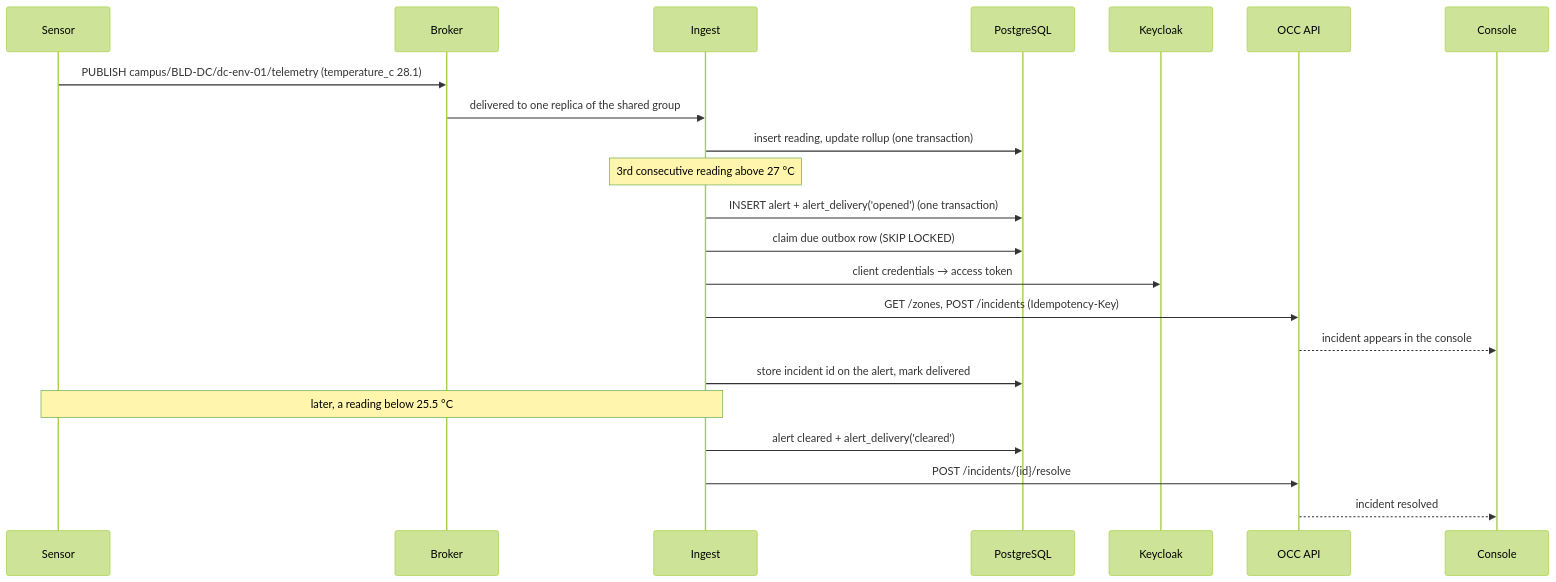
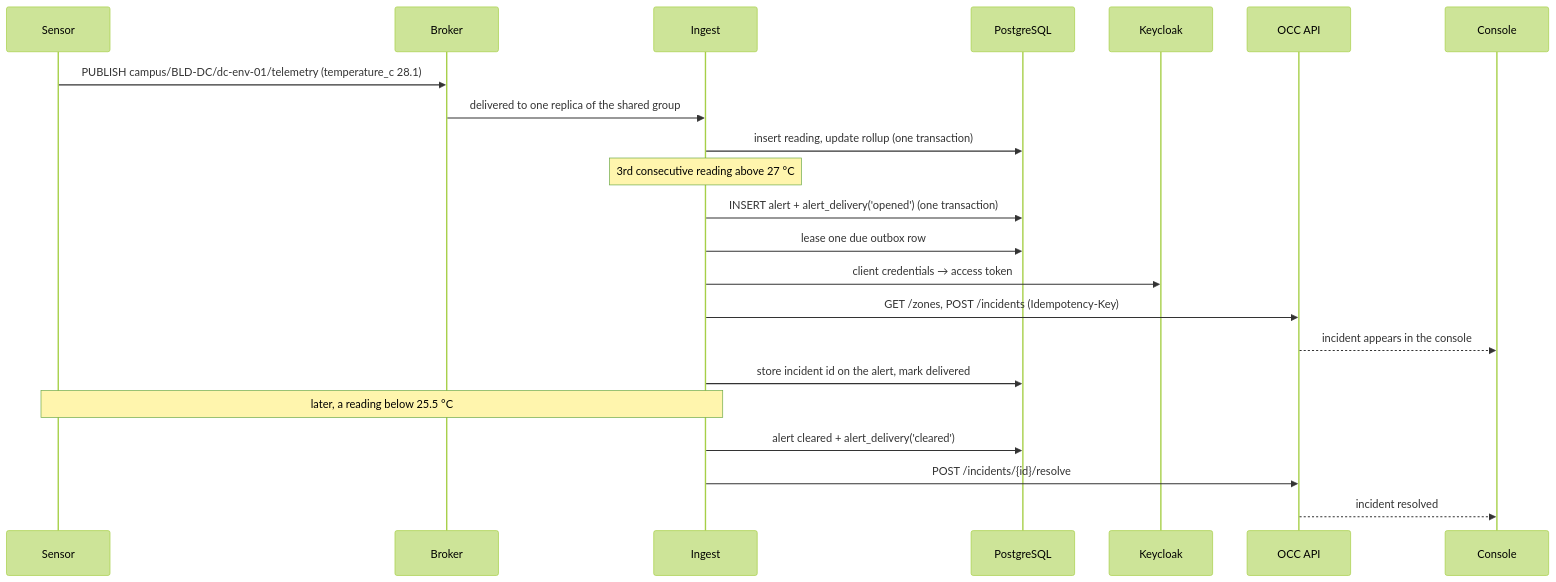
One commit to truongtankhanh/iot-telemetry-pipeline changed the third of 3 diagrams in docs/system-context.md. Above: the diagram before and after it, drawn with Mermaid (forest theme). The commit also changed 26 other files, not shown here.

````diff
--- a/docs/system-context.md
+++ b/docs/system-context.md
@@ -177,25 +177,25 @@
 ```mermaid
 sequenceDiagram
   participant D as Sensor
   participant B as Broker
   participant I as Ingest
   participant P as PostgreSQL
   participant K as Keycloak
   participant O as OCC API
   participant C as Console
 
   D->>B: PUBLISH campus/BLD-DC/dc-env-01/telemetry (temperature_c 28.1)
   B->>I: delivered to one replica of the shared group
   I->>P: insert reading, update rollup (one transaction)
   Note over I: 3rd consecutive reading above 27 °C
   I->>P: INSERT alert + alert_delivery('opened') (one transaction)
-  I->>P: claim due outbox row (SKIP LOCKED)
+  I->>P: lease one due outbox row
   I->>K: client credentials → access token
   I->>O: GET /zones, POST /incidents (Idempotency-Key)
   O-->>C: incident appears in the console
   I->>P: store incident id on the alert, mark delivered
   Note over D,I: later, a reading below 25.5 °C
   I->>P: alert cleared + alert_delivery('cleared')
   I->>O: POST /incidents/{id}/resolve
   O-->>C: incident resolved
 ```
````
